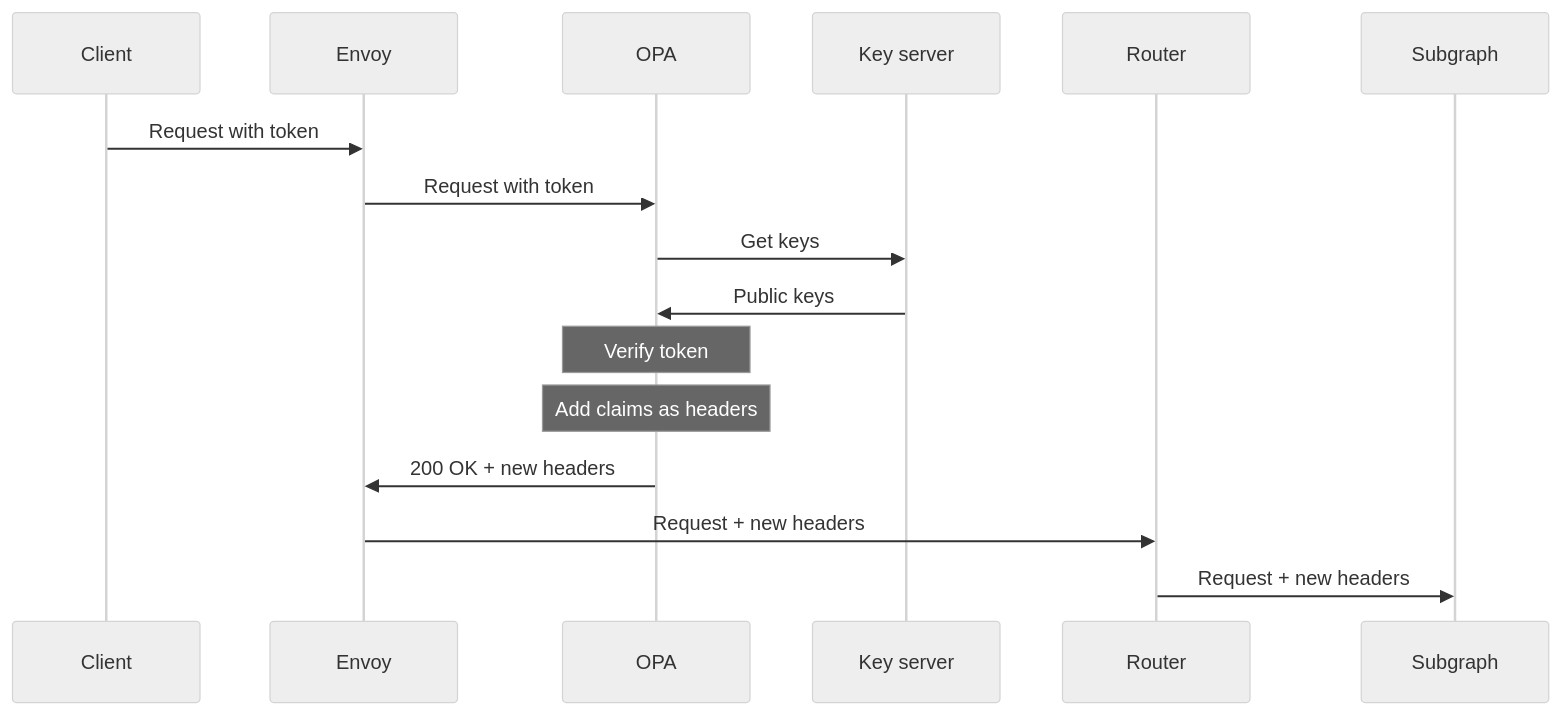
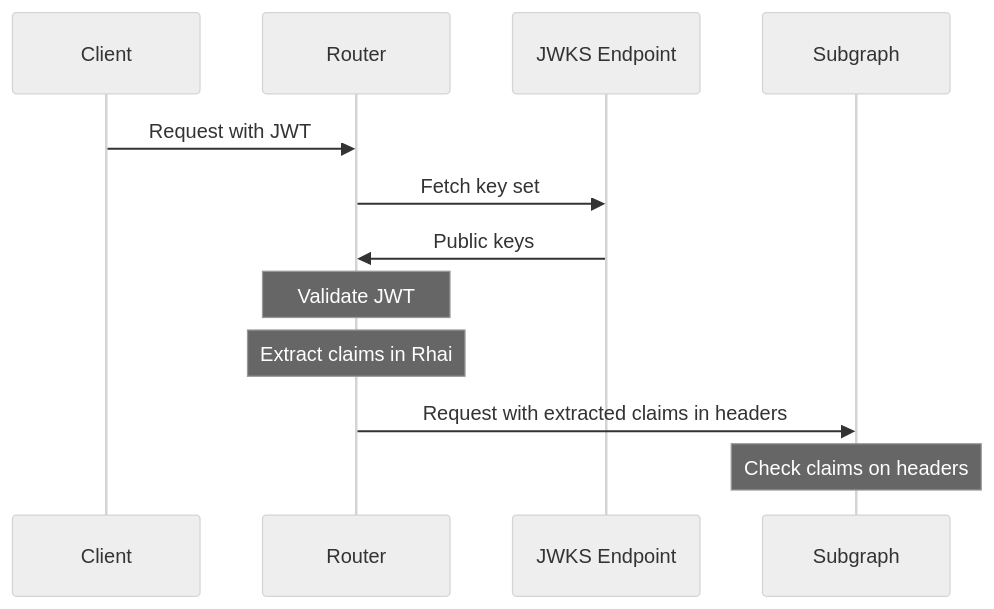
One commit to apollographql/docs changed the second of 3 diagrams in src/content/technotes/TN0004-router-authentication.mdx. Above: the diagram before and after it, drawn with Mermaid (neutral theme). The commit also changed other lines of this file and 1 other file, not shown here.

First line of the commit message:
technotes: update router auth note

````diff
--- a/src/content/technotes/TN0004-router-authentication.mdx
+++ b/src/content/technotes/TN0004-router-authentication.mdx
@@ -54,12 +56,10 @@
 ```mermaid
 sequenceDiagram
-  Client->>Envoy: Request with token
-  Envoy->>OPA: Request with token
-  OPA->>Key server: Get keys
-  Key server->>OPA: Public keys
-  note over OPA: Verify token
-  note over OPA: Add claims as headers
-  OPA->>Envoy: 200 OK + new headers
-  Envoy->>Router: Request + new headers
-  Router->>Subgraph: Request + new headers
+  Client->>Router: Request with JWT
+  Router->>JWKS Endpoint: Fetch key set
+  JWKS Endpoint->>Router: Public keys
+  note over Router: Validate JWT
+  note over Router: Extract claims in Rhai
+  Router->>Subgraph: Request with extracted claims in headers
+  note over Subgraph: Check claims on headers
 ```
````
